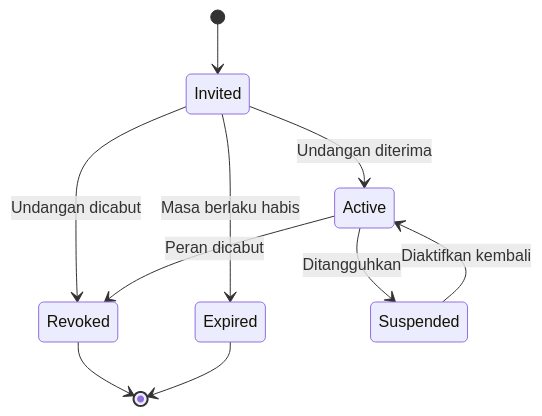
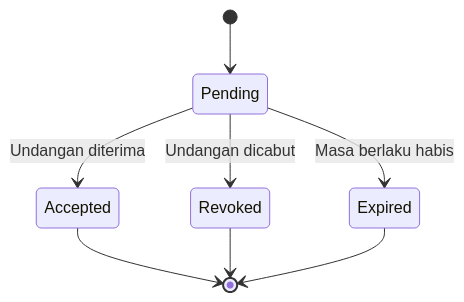
One commit to darvaaph/bot-wa-jadwal changed the second of 2 diagrams in docs/product/ACCESS_CONTROL.md. Above: the diagram before and after it, drawn with Mermaid. The commit also changed other lines of this file and 16 other files, not shown here.

````diff
--- a/docs/product/ACCESS_CONTROL.md
+++ b/docs/product/ACCESS_CONTROL.md
@@ -222,12 +231,10 @@
 ```mermaid
 stateDiagram-v2
-    [*] --> Invited
-    Invited --> Active: Undangan diterima
-    Invited --> Expired: Masa berlaku habis
-    Invited --> Revoked: Undangan dicabut
-    Active --> Suspended: Ditangguhkan
-    Suspended --> Active: Diaktifkan kembali
-    Active --> Revoked: Peran dicabut
+    [*] --> Pending
+    Pending --> Accepted: Undangan diterima
+    Pending --> Expired: Masa berlaku habis
+    Pending --> Revoked: Undangan dicabut
+    Accepted --> [*]
     Revoked --> [*]
     Expired --> [*]
 ```
````
